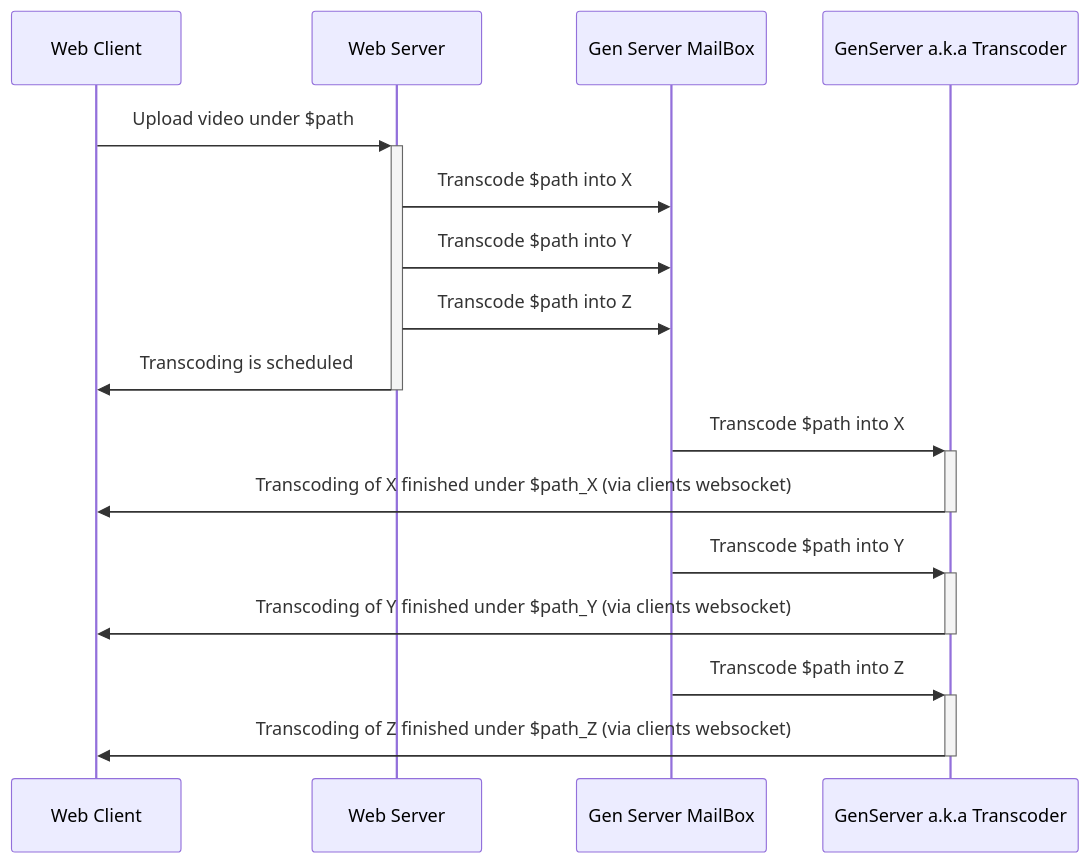
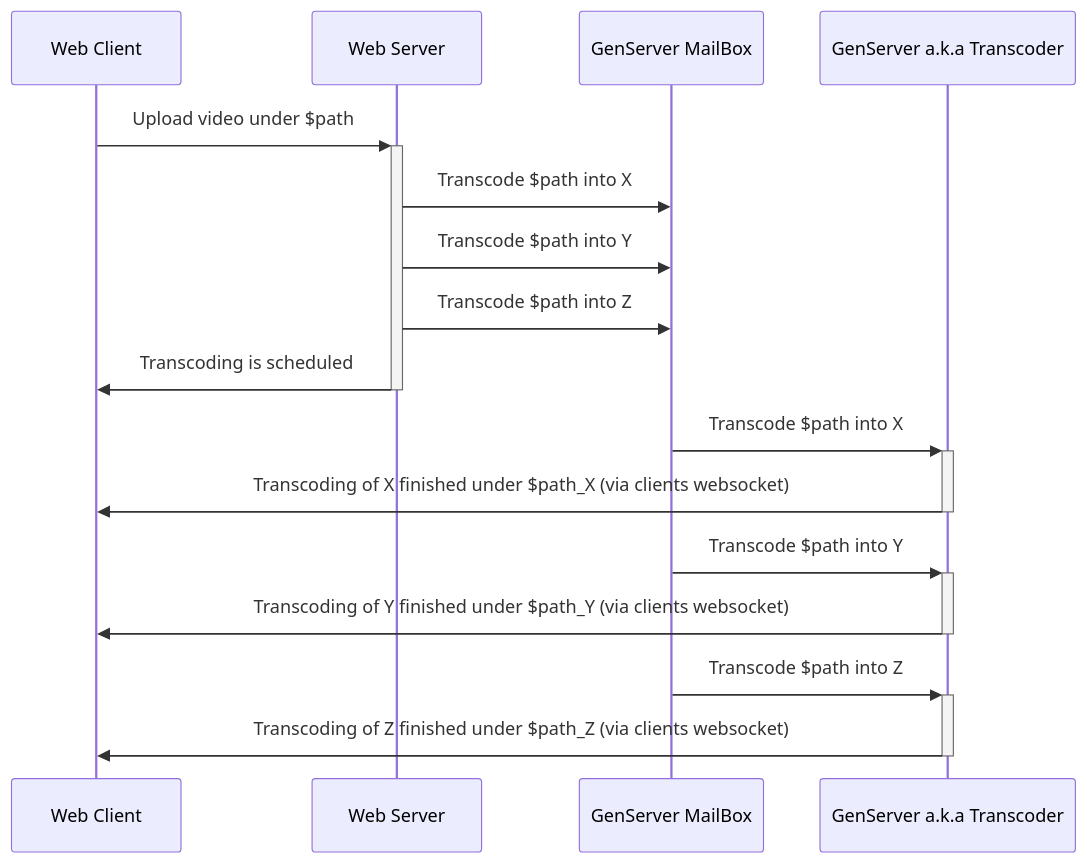
Before and after one commit to dimamik/learn_elixir: the diagram in Readme.md, drawn with Mermaid. The commit also changed other lines of this file, not shown here.

````diff
--- a/Readme.md
+++ b/Readme.md
@@ -43,36 +47,36 @@
 ```mermaid
 %% sequenceDiagram
 %%     Client ->> GenServer queue: Transcode video "path" in quality X
 %%     Client ->> GenServer queue: Transcode video "path" in quality Y
 %%     Client ->> GenServer queue: Transcode video "path" in quality Z
 
 
 sequenceDiagram
     participant client as Web Client
     participant server as Web Server
-    participant gen_mailbox as Gen Server MailBox
+    participant gen_mailbox as GenServer MailBox
     participant gen as GenServer a.k.a Transcoder
 
 
     client ->>+server: Upload video under $path
 
     server ->>gen_mailbox: Transcode $path into X
     server ->>gen_mailbox: Transcode $path into Y
     server ->>gen_mailbox: Transcode $path into Z
 
     server ->>-client: Transcoding is scheduled
 
     gen_mailbox ->>+gen: Transcode $path into X 
     gen ->>-client: Transcoding of X finished under $path_X (via clients websocket)
 
     gen_mailbox ->>+gen: Transcode $path into Y 
     gen ->>-client: Transcoding of Y finished under $path_Y (via clients websocket)
 
     gen_mailbox ->>+gen: Transcode $path into Z 
     gen ->>-client: Transcoding of Z finished under $path_Z (via clients websocket)
 
     %% Note over web,db: The user must be logged in to submit blog posts
     %% web->>+account: Logs in using credentials
     %% account->>db: Query stored accounts
     %% db->>account: Respond with query result
 ```
````
